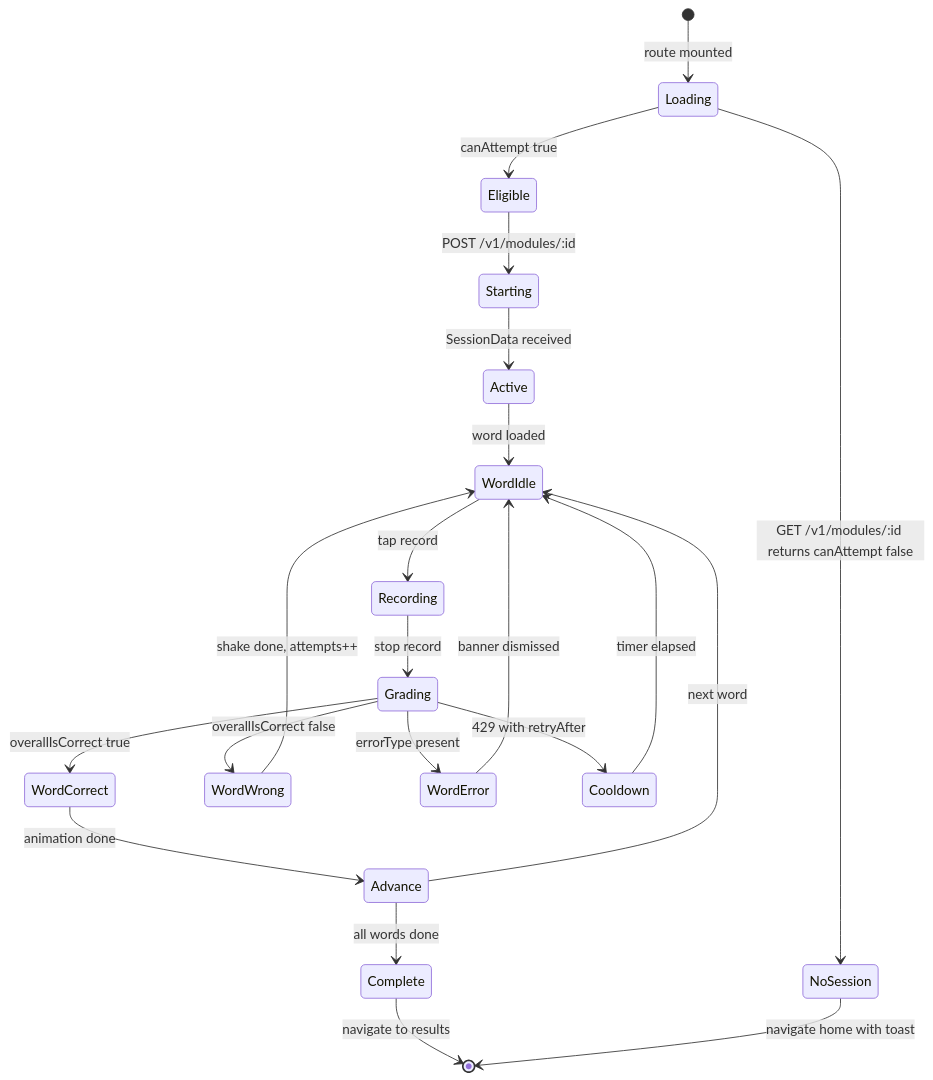
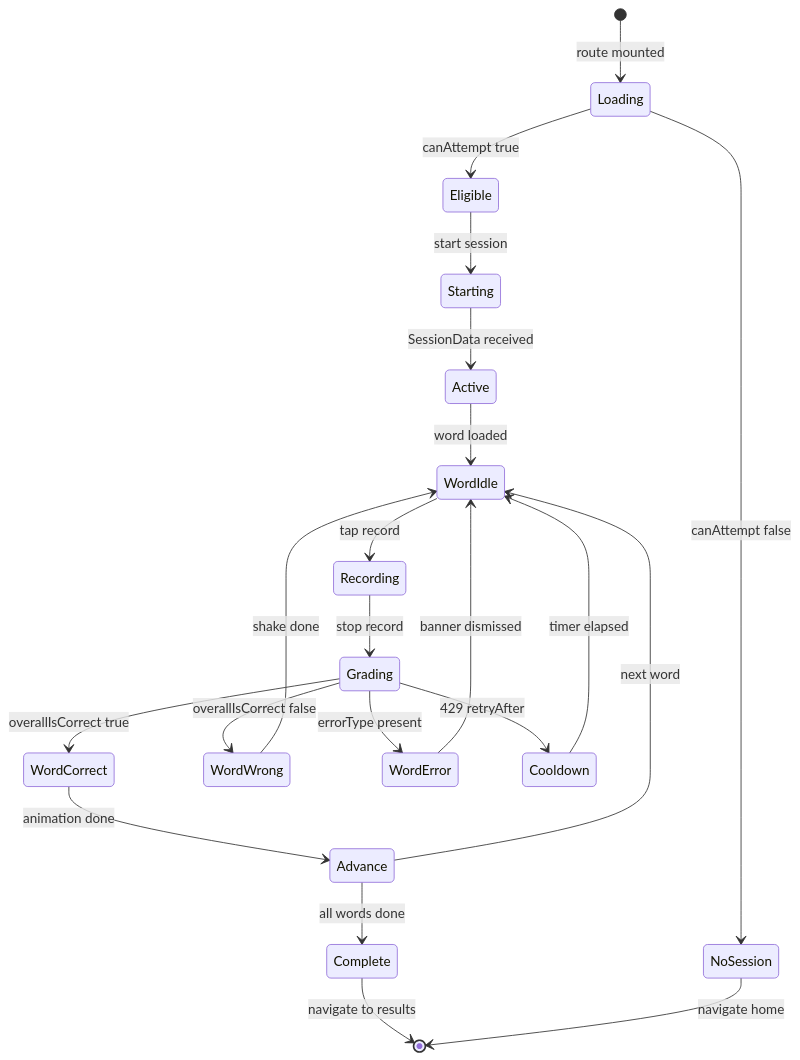
One commit to AltanEsmer/tutoria-mobile-app changed the first of 3 diagrams in docs/diagrams/lesson-state-machine.md. Above: the diagram before and after it, drawn with Mermaid. The commit also changed other lines of this file and 1 other file, not shown here.

Commit message:
Mermaid fix

````diff
--- a/docs/diagrams/lesson-state-machine.md
+++ b/docs/diagrams/lesson-state-machine.md
@@ -12,29 +12,29 @@
 ```mermaid
 stateDiagram-v2
-    [*] --> Loading: route mounted
+    [*] --> Loading : route mounted
 
-    Loading --> NoSession: GET /v1/modules/:id returns canAttempt false
-    Loading --> Eligible: canAttempt true
+    Loading --> NoSession : canAttempt false
+    Loading --> Eligible : canAttempt true
 
-    Eligible --> Starting: POST /v1/modules/:id
-    Starting --> Active: SessionData received
+    Eligible --> Starting : start session
+    Starting --> Active : SessionData received
 
-    Active --> WordIdle: word loaded
-    WordIdle --> Recording: tap record
-    Recording --> Grading: stop record
-    Grading --> WordCorrect: overallIsCorrect true
-    Grading --> WordWrong: overallIsCorrect false
-    Grading --> WordError: errorType present
-    Grading --> Cooldown: 429 with retryAfter
+    Active --> WordIdle : word loaded
+    WordIdle --> Recording : tap record
+    Recording --> Grading : stop record
+    Grading --> WordCorrect : overallIsCorrect true
+    Grading --> WordWrong : overallIsCorrect false
+    Grading --> WordError : errorType present
+    Grading --> Cooldown : 429 retryAfter
 
-    WordCorrect --> Advance: animation done
-    WordWrong --> WordIdle: shake done, attempts++
-    WordError --> WordIdle: banner dismissed
-    Cooldown --> WordIdle: timer elapsed
+    WordCorrect --> Advance : animation done
+    WordWrong --> WordIdle : shake done
+    WordError --> WordIdle : banner dismissed
+    Cooldown --> WordIdle : timer elapsed
 
-    Advance --> WordIdle: next word
-    Advance --> Complete: all words done
+    Advance --> WordIdle : next word
+    Advance --> Complete : all words done
 
-    Complete --> [*]: navigate to results
-    NoSession --> [*]: navigate home with toast
+    Complete --> [*] : navigate to results
+    NoSession --> [*] : navigate home
 ```
````
